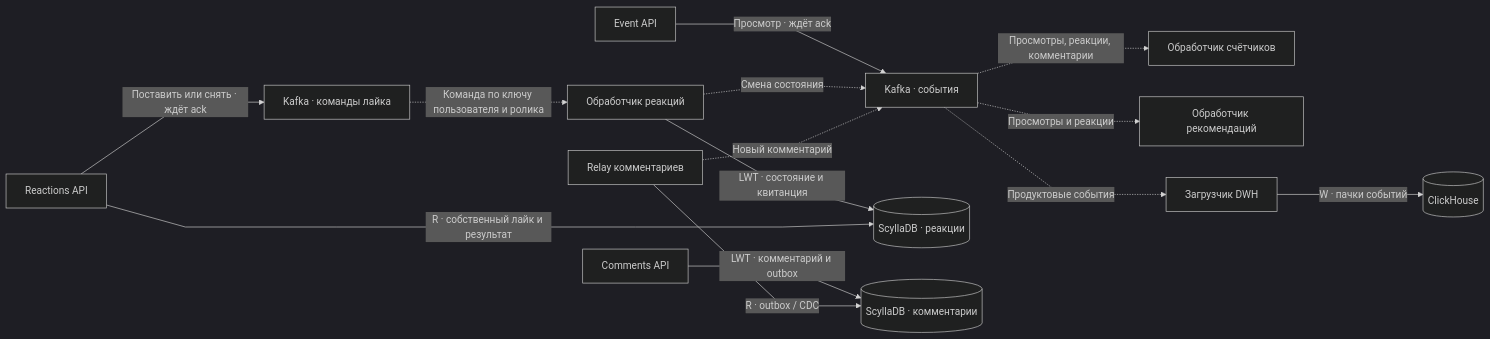
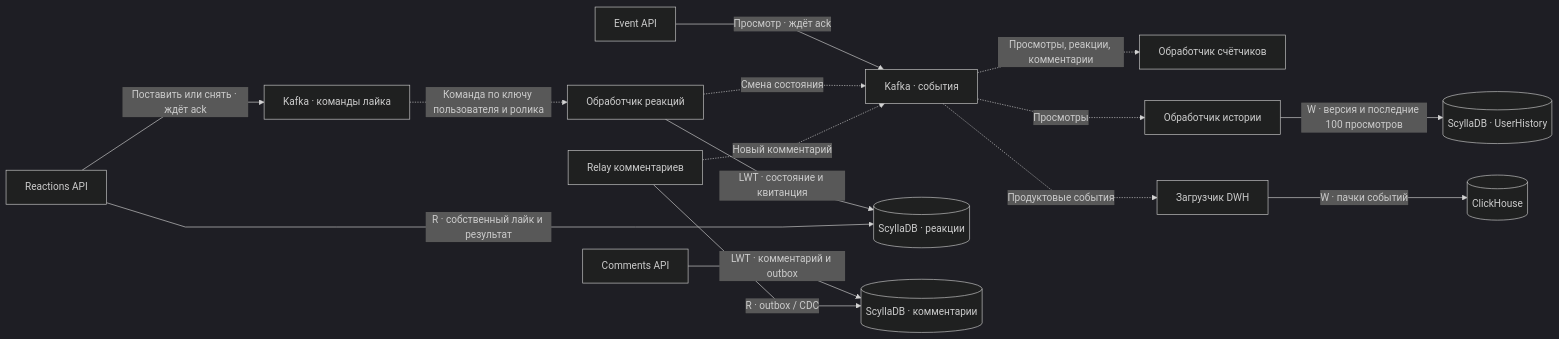
One commit to pavel-ladygin/highload_tp changed diagram 14 of 14 in README.md. Above: the diagram before and after it, drawn with Mermaid (dark theme). The commit also changed other lines of this file, not shown here.

````diff
--- a/README.md
+++ b/README.md
@@ -1000,17 +982,18 @@
 ```mermaid
 %%{init: {"flowchart": {"curve": "linear"}}}%%
 flowchart LR
     E["Event API"] -->|"Просмотр · ждёт ack"| K["Kafka · события"]
     A["Reactions API"] -->|"Поставить или снять · ждёт ack"| Q["Kafka · команды лайка"]
     Q -. "Команда по ключу пользователя и ролика" .-> W["Обработчик реакций"]
     W -->|"LWT · состояние и квитанция"| R[("ScyllaDB · реакции")]
     A -->|"R · собственный лайк и результат"| R
     W -. "Смена состояния" .-> K
     C["Comments API"] -->|"LWT · комментарий и outbox"| S[("ScyllaDB · комментарии")]
     O["Relay комментариев"] -->|"R · outbox / CDC"| S
     O -. "Новый комментарий" .-> K
     K -. "Просмотры, реакции, комментарии" .-> F["Обработчик счётчиков"]
-    K -. "Просмотры и реакции" .-> P["Обработчик рекомендаций"]
+    K -. "Просмотры" .-> P["Обработчик истории"]
+    P -->|"W · версия и последние 100 просмотров"| H[("ScyllaDB · UserHistory")]
     K -. "Продуктовые события" .-> B["Загрузчик DWH"]
     B -->|"W · пачки событий"| D[("ClickHouse")]
 ```
````
